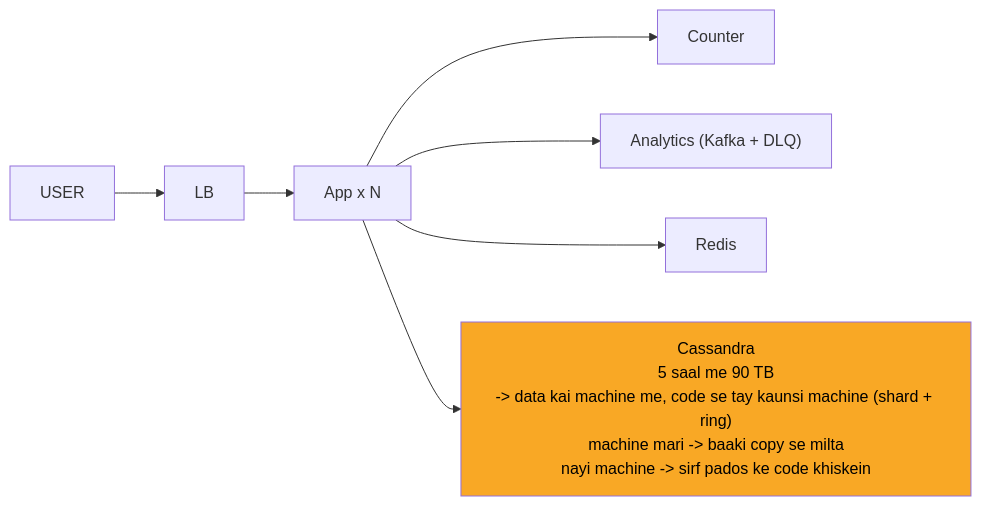
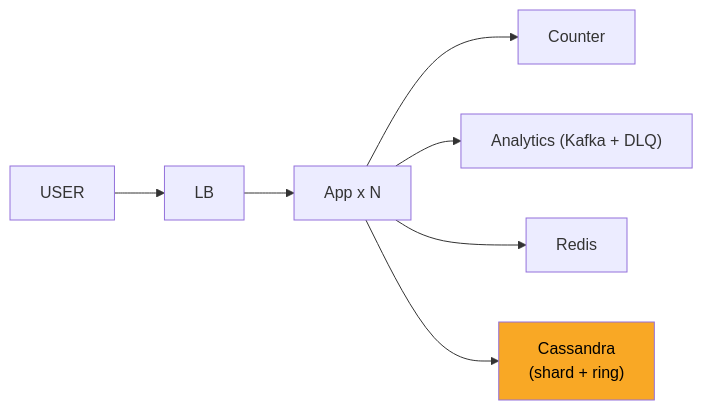
Before and after one commit to ArpanMaheshwari144/Prep: the diagram in 04_HLD/SYSTEM_DESIGNS/01_url_shortener/img/c5.mmd, drawn with Mermaid. The commit also changed 29 other files, not shown here.

```diff
--- a/04_HLD/SYSTEM_DESIGNS/01_url_shortener/img/c5.mmd
+++ b/04_HLD/SYSTEM_DESIGNS/01_url_shortener/img/c5.mmd
@@ -1,16 +1,16 @@
 %%{init: {"flowchart": {"wrappingWidth": 450}}}%%
 flowchart LR
     n_USER["USER"]
     n_LB["LB"]
     n_App_xN["App x N"]
     n_Counter["Counter"]
     n_ANA["Analytics (Kafka + DLQ)"]
     n_Redis["Redis"]
-    n_Cassandra["Cassandra<br/>5 saal me 90 TB<br/>-> data kai machine me, code se tay kaunsi machine (shard + ring)<br/>machine mari -> baaki copy se milta<br/>nayi machine -> sirf pados ke code khiskein"]
+    n_Cassandra["Cassandra<br/>(shard + ring)"]
     n_USER --> n_LB
     n_LB --> n_App_xN
     n_App_xN --> n_Counter
     n_App_xN --> n_ANA
     n_App_xN --> n_Redis
     n_App_xN --> n_Cassandra
     style n_Cassandra fill:#f9a825,color:#000
```
